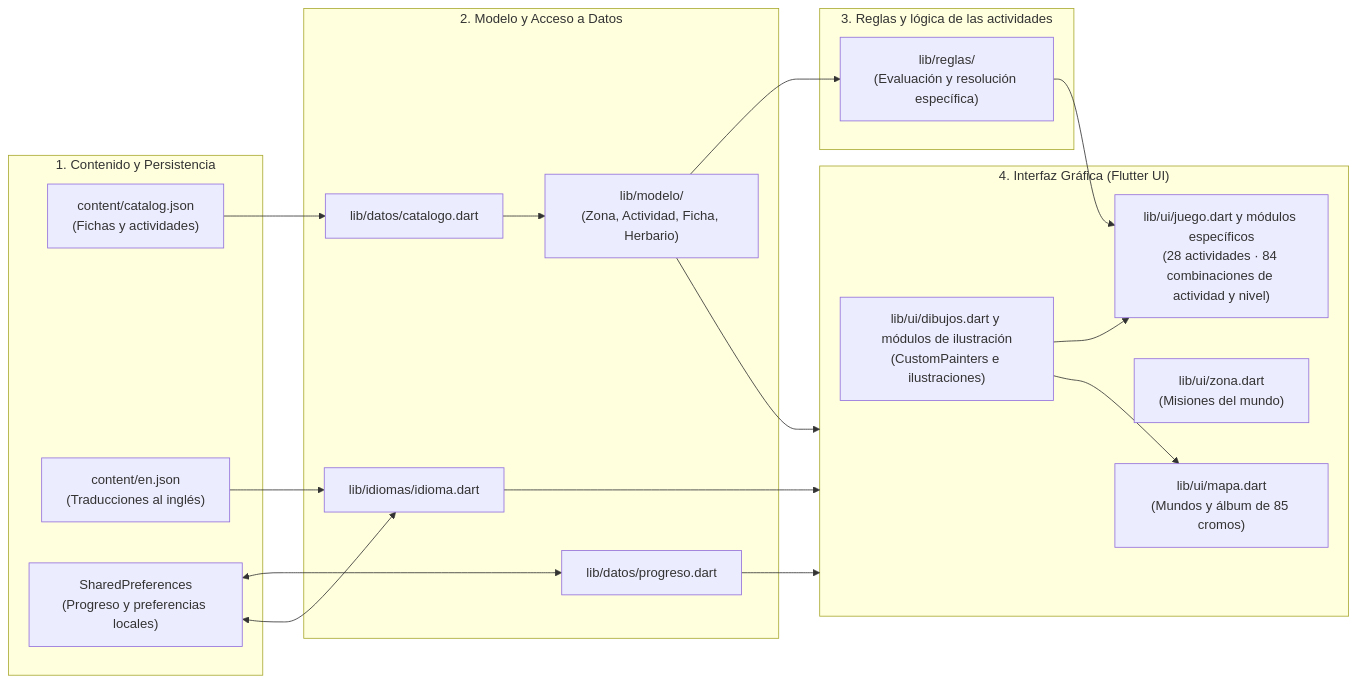
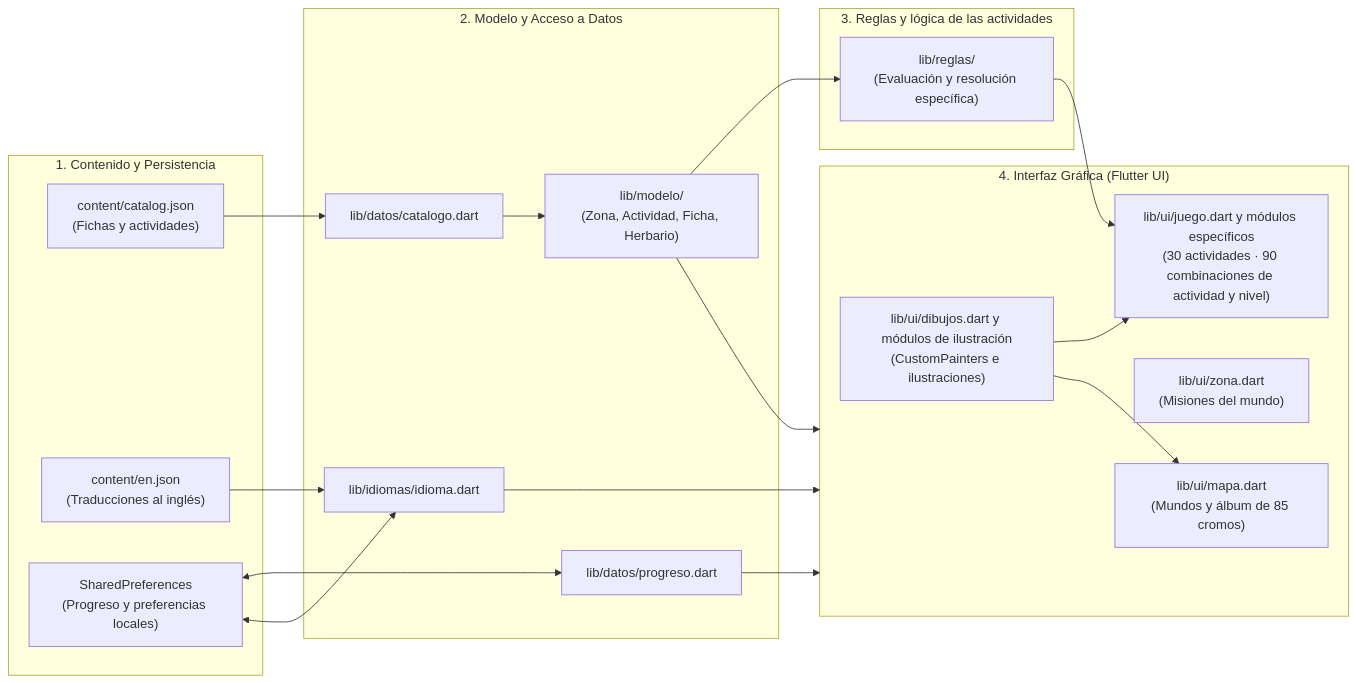
Before and after one commit to imoroc/NaturalMente: the first of 2 diagrams in README.md, drawn with Mermaid. The commit also changed other lines of this file and 32 other files, not shown here.

````diff
--- a/README.md
+++ b/README.md
@@ -73,39 +73,39 @@
 ```mermaid
 flowchart LR
   subgraph Datos["1. Contenido y Persistencia"]
     JSON["content/catalog.json\n(Fichas y actividades)"]
     EN["content/en.json\n(Traducciones al inglés)"]
     PREFS["SharedPreferences\n(Progreso y preferencias locales)"]
   end
 
   subgraph Dominio["2. Modelo y Acceso a Datos"]
     CAT["lib/datos/catalogo.dart"]
     PROG["lib/datos/progreso.dart"]
     IDIOMA["lib/idiomas/idioma.dart"]
     MOD["lib/modelo/\n(Zona, Actividad, Ficha, Herbario)"]
   end
 
   subgraph Reglas["3. Reglas y lógica de las actividades"]
     RES["lib/reglas/\n(Evaluación y resolución específica)"]
   end
 
   subgraph Interfaz["4. Interfaz Gráfica (Flutter UI)"]
     MAPA["lib/ui/mapa.dart\n(Mundos y álbum de 85 cromos)"]
     ZONA["lib/ui/zona.dart\n(Misiones del mundo)"]
-    JUEGO["lib/ui/juego.dart y módulos específicos\n(28 actividades · 84 combinaciones de actividad y nivel)"]
+    JUEGO["lib/ui/juego.dart y módulos específicos\n(30 actividades · 90 combinaciones de actividad y nivel)"]
     DIB["lib/ui/dibujos.dart y módulos de ilustración\n(CustomPainters e ilustraciones)"]
   end
 
   JSON --> CAT
   EN --> IDIOMA
   PREFS <--> PROG
   PREFS <--> IDIOMA
   CAT --> MOD
   MOD --> RES
   MOD --> Interfaz
   PROG --> Interfaz
   IDIOMA --> Interfaz
   RES --> JUEGO
   DIB --> JUEGO
   DIB --> MAPA
 ```
````
